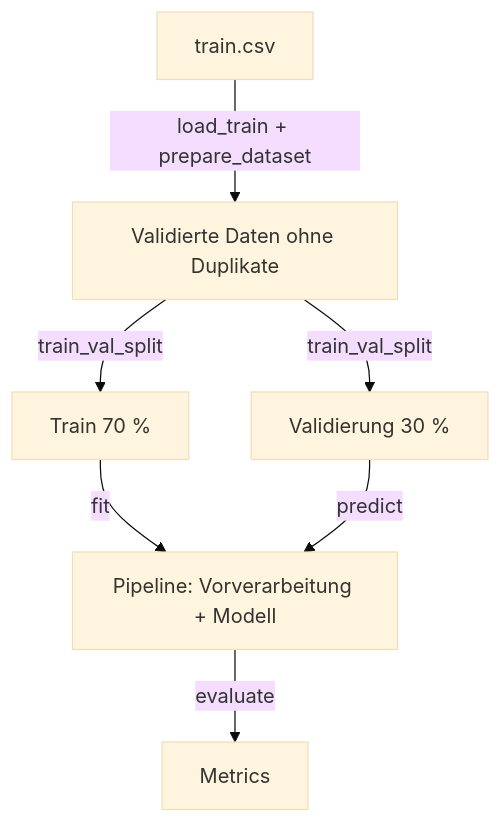
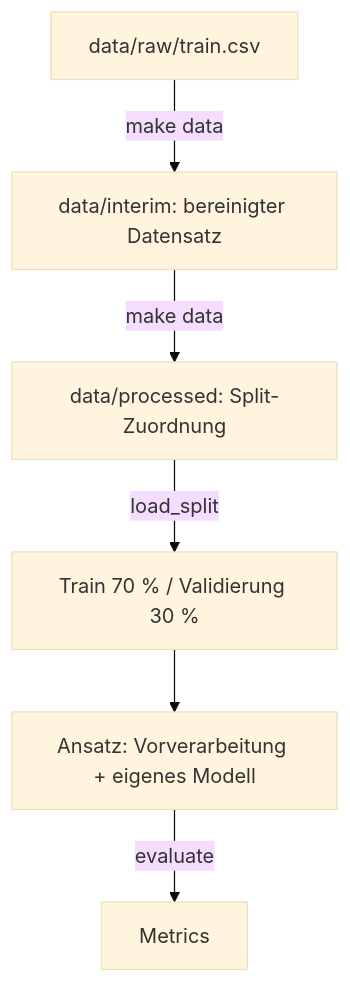
The diagram in docs/daten/pipeline.md (Datata1/AWP2), drawn with Mermaid (base theme) before and after one commit. The commit also changed other lines of this file and 14 other files, not shown here.

Commit message:
refactor: keep pipeline model-agnostic, persist dataset and split artifacts

````diff
--- a/docs/daten/pipeline.md
+++ b/docs/daten/pipeline.md
@@ -41,9 +10,8 @@
 ```mermaid
 flowchart TD
-    A[train.csv] -->|load_train + prepare_dataset| B[Validierte Daten ohne Duplikate]
-    B -->|train_val_split| C[Train 70 %]
-    B -->|train_val_split| D[Validierung 30 %]
-    C -->|fit| P[Pipeline: Vorverarbeitung + Modell]
-    D -->|predict| P
-    P -->|evaluate| M[Metrics]
+    R[data/raw/train.csv] -->|make data| I[data/interim: bereinigter Datensatz]
+    I -->|make data| P[data/processed: Split-Zuordnung]
+    P -->|load_split| S[Train 70 % / Validierung 30 %]
+    S --> A[Ansatz: Vorverarbeitung + eigenes Modell]
+    A -->|evaluate| M[Metrics]
 ```
````
